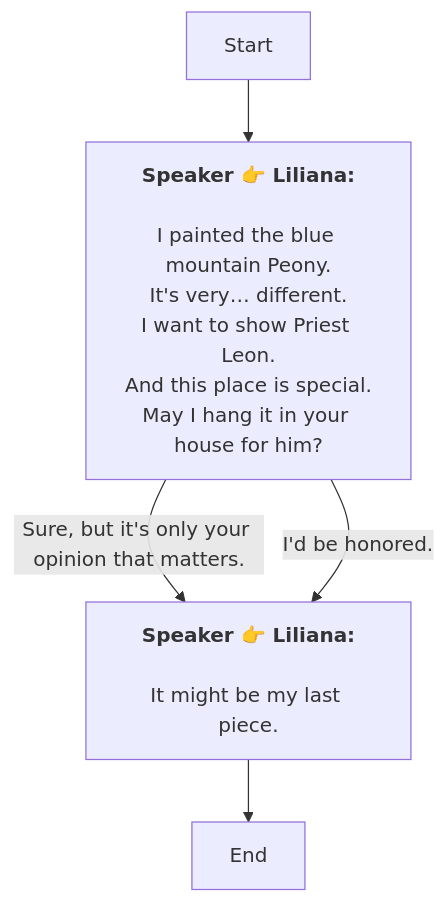
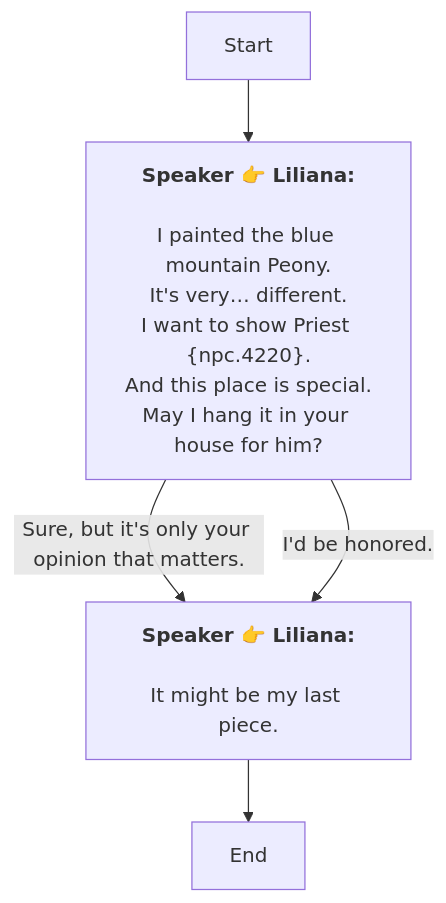
The diagram in En/Dialog_55279931831909.md (SoftHu/tos_avg), drawn with Mermaid before and after one commit. The commit also changed 730 other files, not shown here.

````diff
--- a/En/Dialog_55279931831909.md
+++ b/En/Dialog_55279931831909.md
@@ -1,13 +1,13 @@
 ```mermaid
 graph
 Start -->1768957970791862[<b>Speaker 👉 Liliana:</b>
 \nI painted the blue mountain Peony.
-It's very… different.\nI want to show Priest Leon.
+It's very… different.\nI want to show Priest &lbrace;npc.4220&rbrace;.
 And this place is special.\nMay I hang it in your house for him?]
 1768957970791862 -->|Sure, but it's only your opinion that matters.|1768958085482941[<b>Speaker 👉 Liliana:</b>
 \nIt might be my last piece.]
 1768957970791862 -->|I'd be honored.|1768958085482941[<b>Speaker 👉 Liliana:</b>
 \nIt might be my last piece.]
 1768958085482941 -->1768957966347701[End]
 
 ```
````
